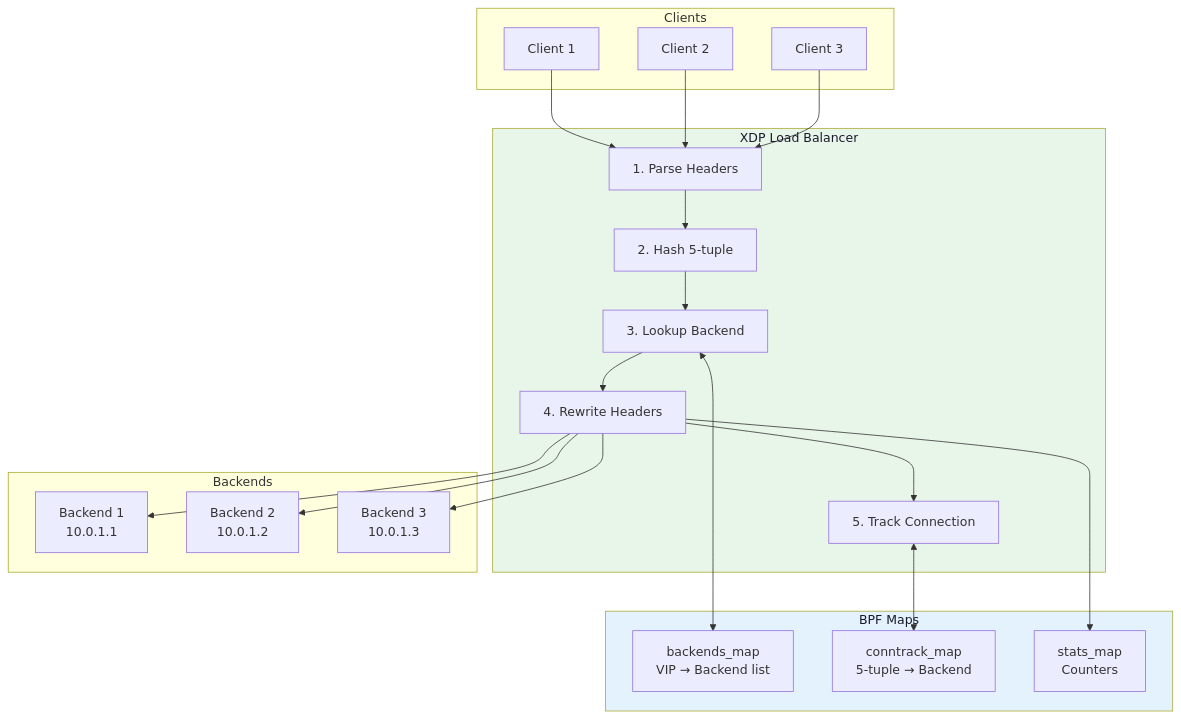
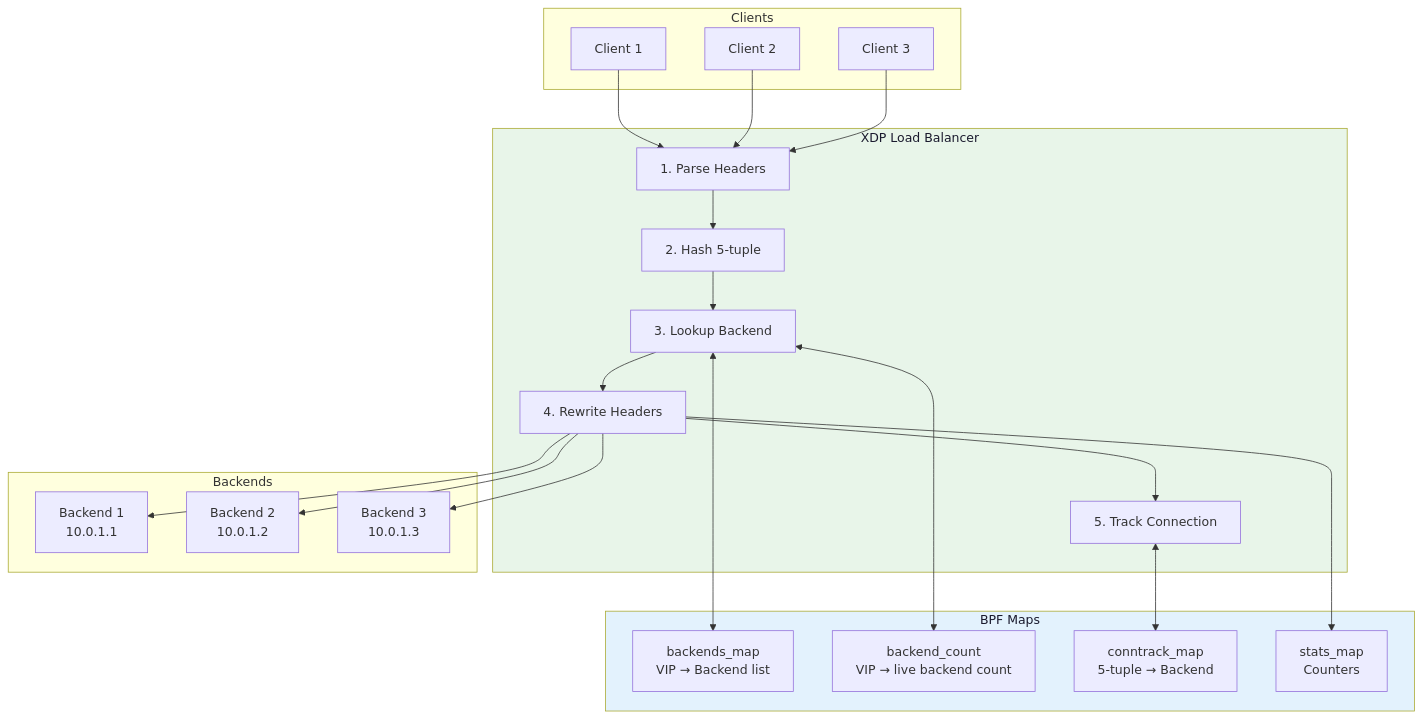
Before and after one commit to channyeintun/learn-cloud-native-network-programming: the fourth of 4 diagrams in teaching/11-ebpf-networking-guide.md, drawn with Mermaid. The commit also changed other lines of this file and 29 other files, not shown here.

````diff
--- a/teaching/11-ebpf-networking-guide.md
+++ b/teaching/11-ebpf-networking-guide.md
@@ -396,45 +403,47 @@
 ```mermaid
 flowchart TB
     subgraph clients["Clients"]
         C1["Client 1"]
         C2["Client 2"]
         C3["Client 3"]
     end
     
     subgraph lb["XDP Load Balancer"]
         PARSE["1. Parse Headers"]
         HASH["2. Hash 5-tuple"]
         LOOKUP["3. Lookup Backend"]
         REWRITE["4. Rewrite Headers"]
         TRACK["5. Track Connection"]
     end
     
     subgraph backends["Backends"]
         B1["Backend 1\n10.0.1.1"]
         B2["Backend 2\n10.0.1.2"]
         B3["Backend 3\n10.0.1.3"]
     end
     
     subgraph maps["BPF Maps"]
         BM["backends_map\nVIP → Backend list"]
+        BC["backend_count\nVIP → live backend count"]
         CM["conntrack_map\n5-tuple → Backend"]
         SM["stats_map\nCounters"]
     end
     
     C1 --> PARSE
     C2 --> PARSE
     C3 --> PARSE
     
     PARSE --> HASH --> LOOKUP --> REWRITE --> TRACK
     
     LOOKUP <--> BM
+    LOOKUP <--> BC
     TRACK <--> CM
     REWRITE --> SM
     
     REWRITE --> B1
     REWRITE --> B2
     REWRITE --> B3
     
     style lb fill:#e8f5e9,color:#1a1a2e
     style maps fill:#e3f2fd,color:#1a1a2e
 ```
````
